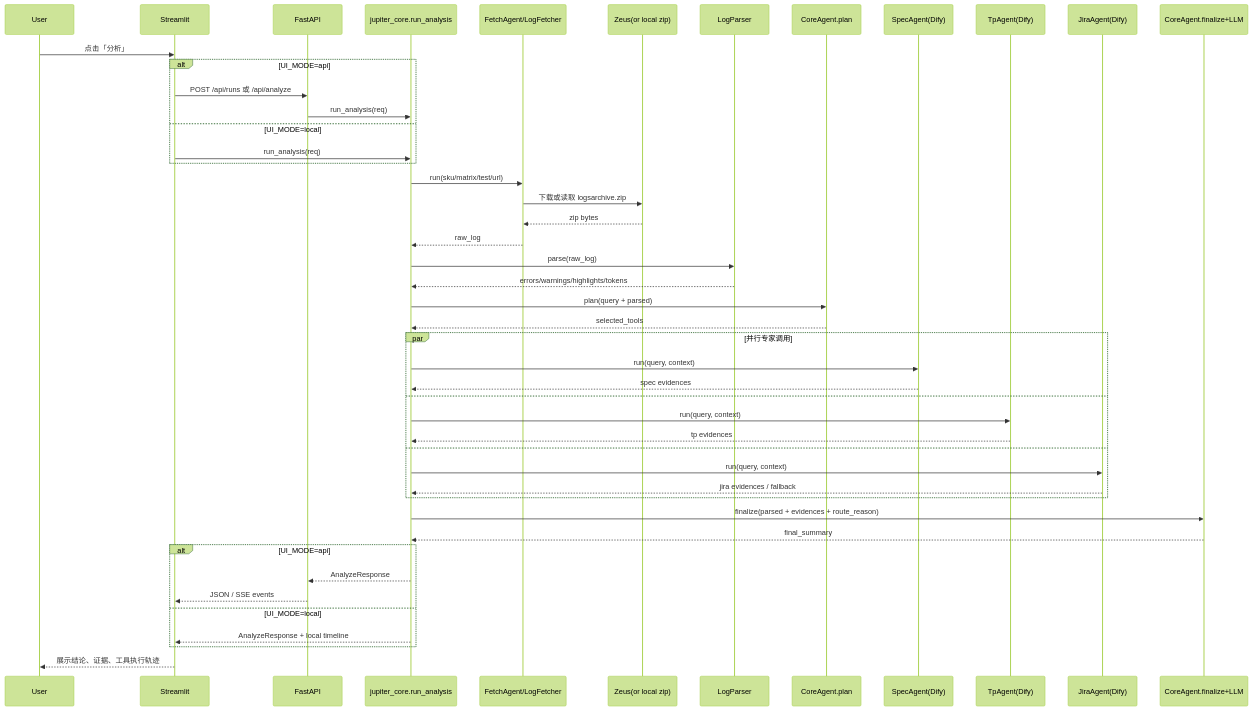
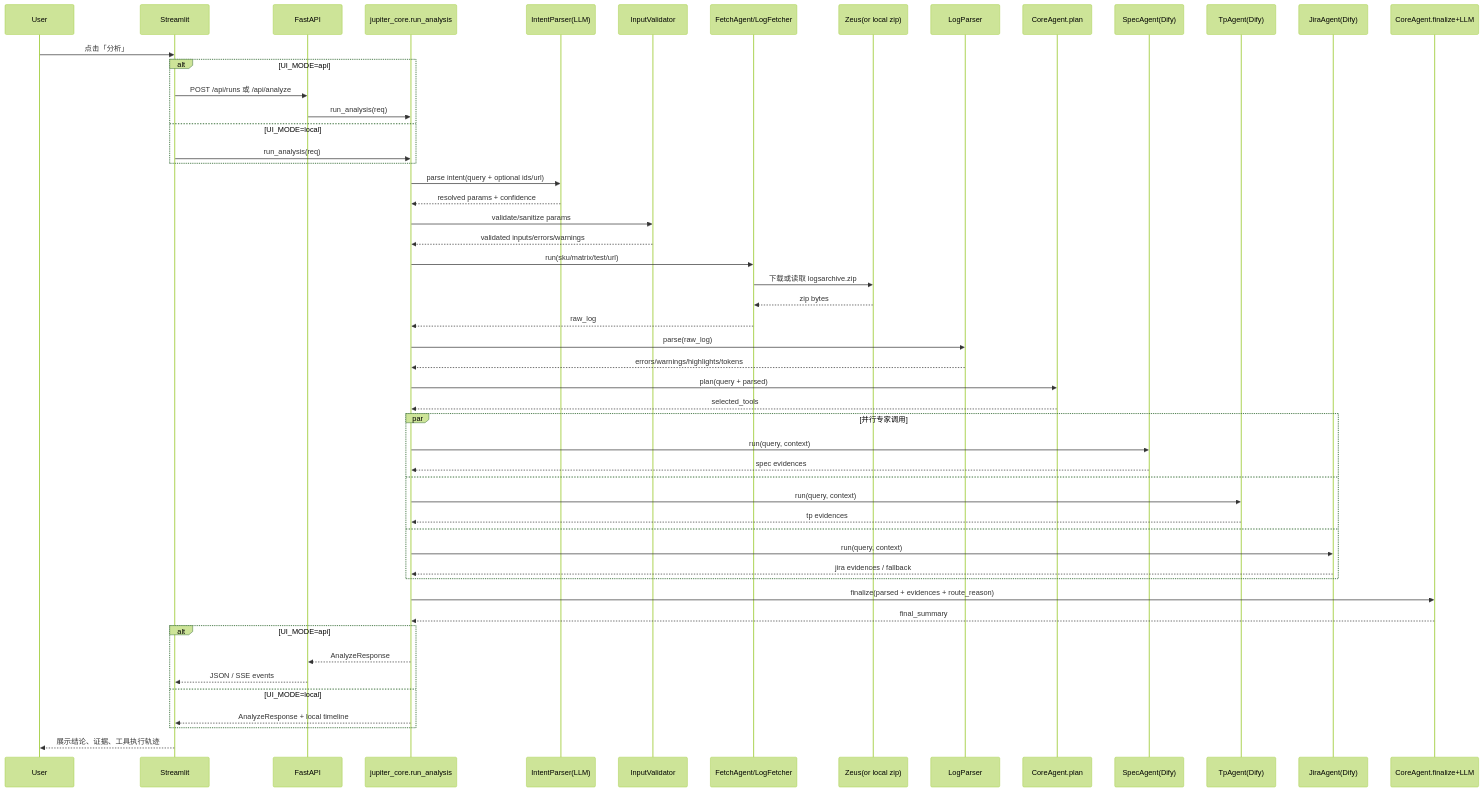
Before and after one commit to jonhncatt/jupiter: the third of 3 diagrams in README.md, drawn with Mermaid (forest theme). The commit also changed other lines of this file and 10 other files, not shown here.

Commit message:
feat: add intent parsing and input validation nodes

````diff
--- a/README.md
+++ b/README.md
@@ -73,56 +78,63 @@
 ```mermaid
 sequenceDiagram
 participant U as User
 participant S as Streamlit
 participant A as FastAPI
 participant W as jupiter_core.run_analysis
+participant I as IntentParser(LLM)
+participant V as InputValidator
 participant F as FetchAgent/LogFetcher
 participant Z as Zeus(or local zip)
 participant P as LogParser
 participant C as CoreAgent.plan
 participant SP as SpecAgent(Dify)
 participant TP as TpAgent(Dify)
 participant J as JiraAgent(Dify)
 participant L as CoreAgent.finalize+LLM
 
 U->>S: 点击「分析」
 alt UI_MODE=api
   S->>A: POST /api/runs 或 /api/analyze
   A->>W: run_analysis(req)
 else UI_MODE=local
   S->>W: run_analysis(req)
 end
+
+W->>I: parse intent(query + optional ids/url)
+I-->>W: resolved params + confidence
+W->>V: validate/sanitize params
+V-->>W: validated inputs/errors/warnings
 
 W->>F: run(sku/matrix/test/url)
 F->>Z: 下载或读取 logsarchive.zip
 Z-->>F: zip bytes
 F-->>W: raw_log
 
 W->>P: parse(raw_log)
 P-->>W: errors/warnings/highlights/tokens
 
 W->>C: plan(query + parsed)
 C-->>W: selected_tools
 
 par 并行专家调用
   W->>SP: run(query, context)
   SP-->>W: spec evidences
 and
   W->>TP: run(query, context)
   TP-->>W: tp evidences
 and
   W->>J: run(query, context)
   J-->>W: jira evidences / fallback
 end
 
 W->>L: finalize(parsed + evidences + route_reason)
 L-->>W: final_summary
 
 alt UI_MODE=api
   W-->>A: AnalyzeResponse
   A-->>S: JSON / SSE events
 else UI_MODE=local
   W-->>S: AnalyzeResponse + local timeline
 end
 S-->>U: 展示结论、证据、工具执行轨迹
 ```
````
